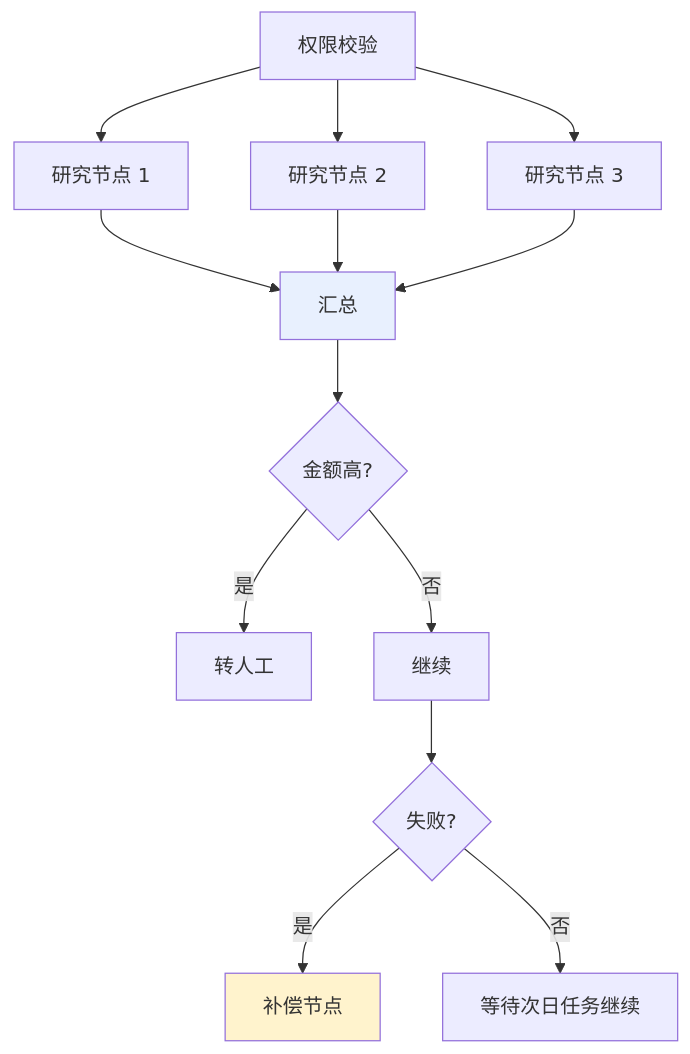
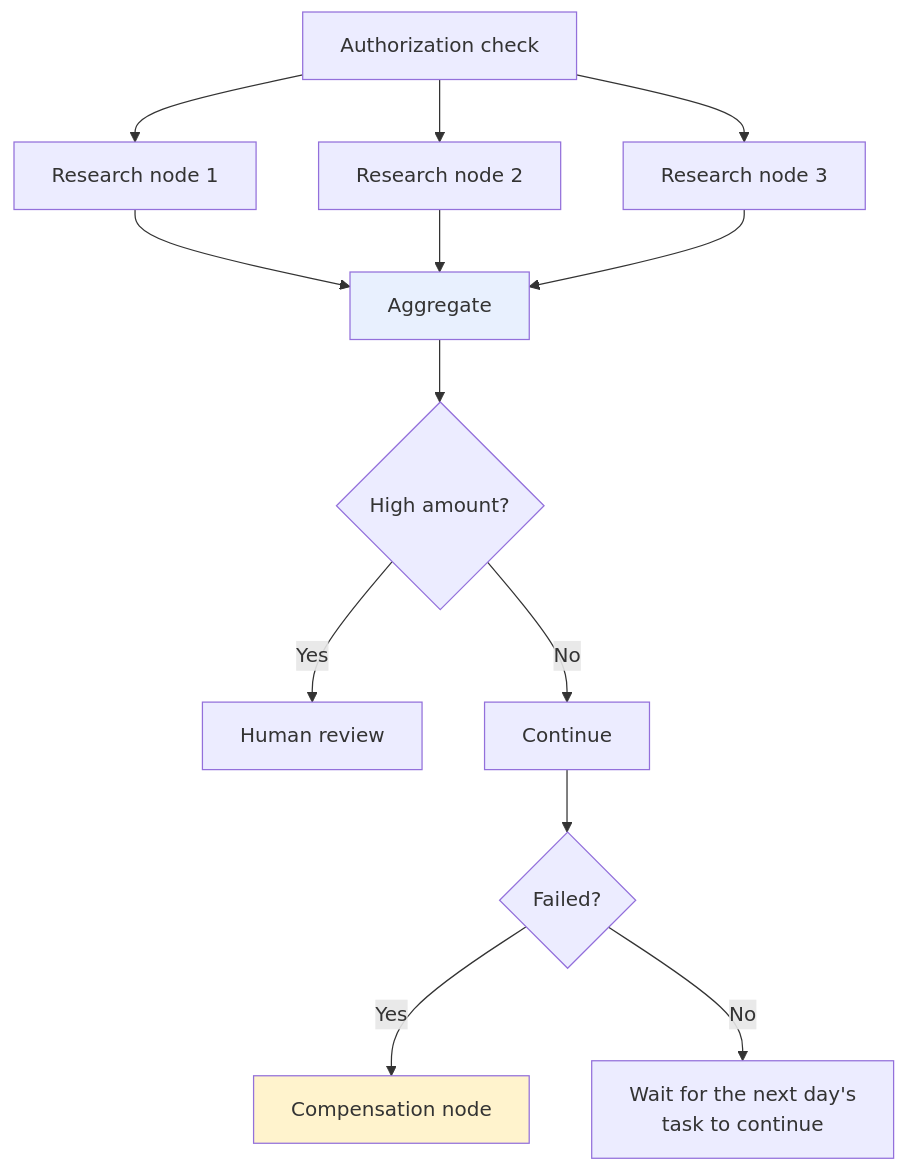
One commit to oneleaveknowsthefall/awesome-ai-roadmap changed the second of 3 diagrams in docs/frameworks/01-langchain/04-langgraph/09-langchain-vs-langgraph.md. Above: the diagram before and after it, drawn with Mermaid. The commit also changed other lines of this file and 70 other files, not shown here.

````diff
--- a/docs/frameworks/01-langchain/04-langgraph/09-langchain-vs-langgraph.md
+++ b/docs/frameworks/01-langchain/04-langgraph/09-langchain-vs-langgraph.md
@@ -81,14 +81,14 @@
 ```mermaid
 flowchart TB
-    A["权限校验"] --> B1["研究节点 1"] & B2["研究节点 2"] & B3["研究节点 3"]
-    B1 & B2 & B3 --> C["汇总"]
-    C --> D{"金额高?"}
-    D -->|是| E["转人工"]
-    D -->|否| F["继续"]
-    F --> G{"失败?"}
-    G -->|是| H["补偿节点"]
-    G -->|否| I["等待次日任务继续"]
+    A["Authorization check"] --> B1["Research node 1"] & B2["Research node 2"] & B3["Research node 3"]
+    B1 & B2 & B3 --> C["Aggregate"]
+    C --> D{"High amount?"}
+    D -->|Yes| E["Human review"]
+    D -->|No| F["Continue"]
+    F --> G{"Failed?"}
+    G -->|Yes| H["Compensation node"]
+    G -->|No| I["Wait for the next day's<br/>task to continue"]
 
     style C fill:#e8f0fe
     style H fill:#fff3cd
 ```
````
